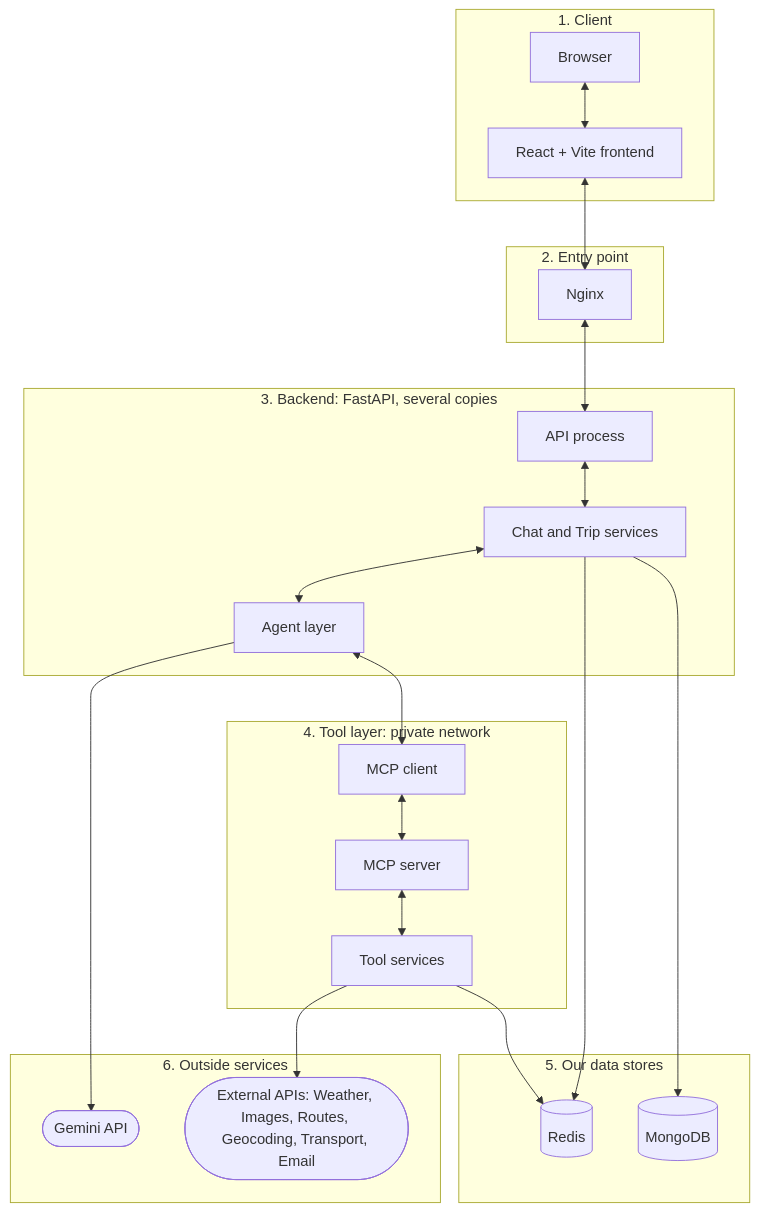
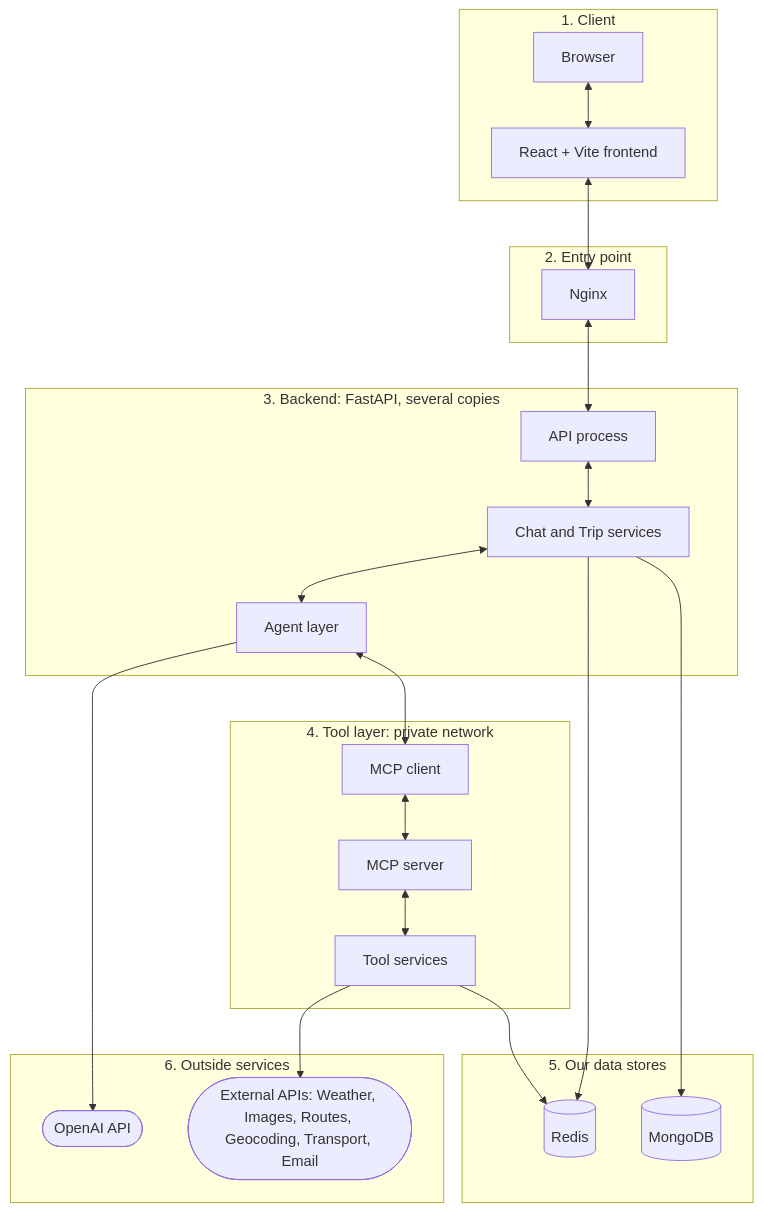
One commit to varsha-sonnad/Trailwise-AI-Agent changed the first of 3 diagrams in ARCHITECTURE.md. Above: the diagram before and after it, drawn with Mermaid. The commit also changed other lines of this file and 8 other files, not shown here.

````diff
--- a/ARCHITECTURE.md
+++ b/ARCHITECTURE.md
@@ -9,39 +9,39 @@
 ```mermaid
 flowchart TB
   subgraph CLIENT[1. Client]
     BR[Browser] <--> FE[React + Vite frontend]
   end
 
   subgraph EDGE[2. Entry point]
     NG[Nginx]
   end
 
   subgraph BACKEND[3. Backend: FastAPI, several copies]
     API[API process] <--> SVC[Chat and Trip services]
     SVC <--> AG[Agent layer]
   end
 
   subgraph TOOLLAYER[4. Tool layer: private network]
     MCPC[MCP client] <--> MCPS[MCP server]
     MCPS <--> TOOLS[Tool services]
   end
 
   subgraph STORE[5. Our data stores]
     RD[(Redis)]
     DB[(MongoDB)]
   end
 
   subgraph OUTSIDE[6. Outside services]
-    LLM([Gemini API])
+    LLM([OpenAI API])
     EXT([External APIs: Weather, Images, Routes, Geocoding, Transport, Email])
   end
 
   FE <--> NG
   NG <--> API
   AG --> LLM
   AG <--> MCPC
   TOOLS --> RD
   TOOLS --> EXT
   SVC --> RD
   SVC --> DB
 ```
````
